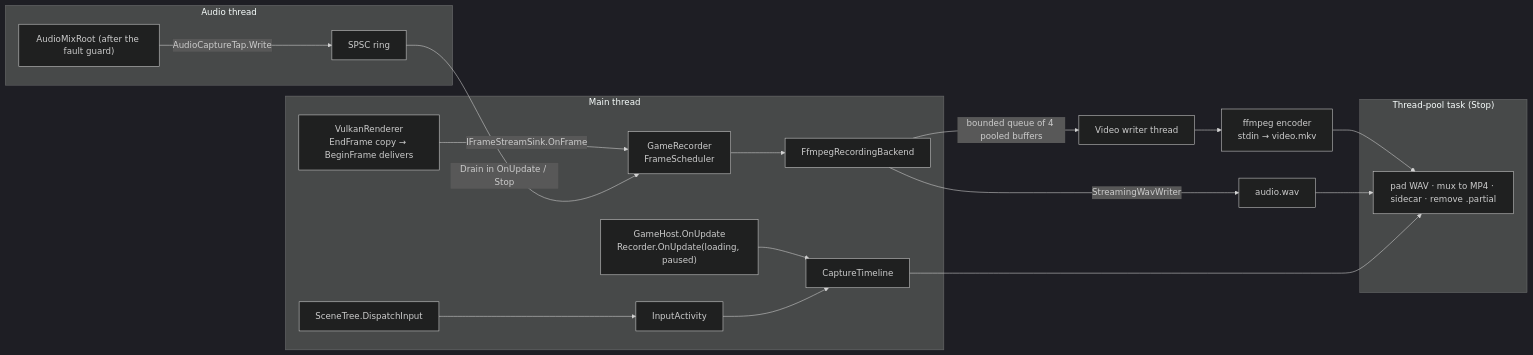
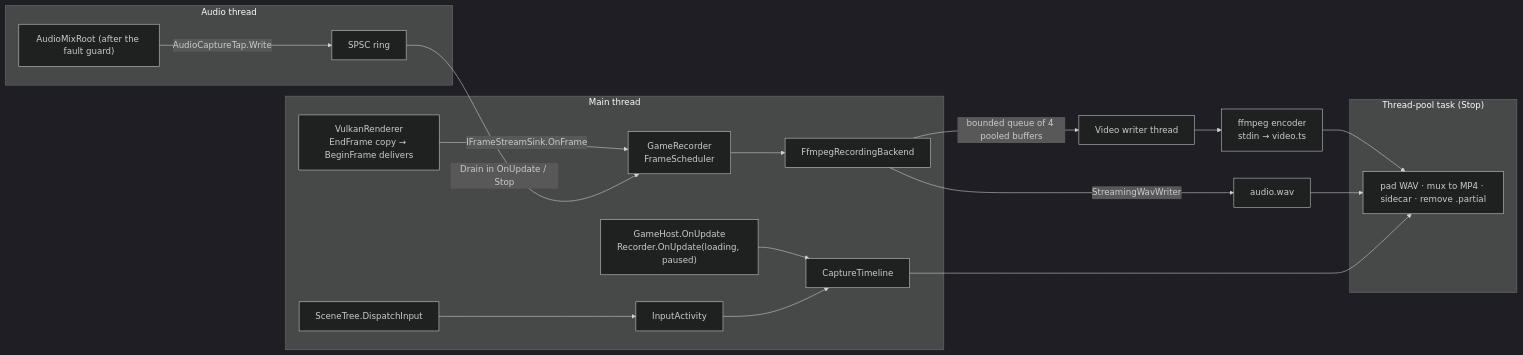
The diagram in docs/design/recording.md (Mainframe-Games/mainframe-engine), drawn with Mermaid (dark theme) before and after one commit. The commit also changed other lines of this file and 4 other files, not shown here.

````diff
--- a/docs/design/recording.md
+++ b/docs/design/recording.md
@@ -58,21 +58,21 @@
 ```mermaid
 flowchart LR
     subgraph Main["Main thread"]
         GH["GameHost.OnUpdate<br/>Recorder.OnUpdate(loading, paused)"] --> TL["CaptureTimeline"]
         IN["SceneTree.DispatchInput"] --> IA["InputActivity"] --> TL
         R["VulkanRenderer<br/>EndFrame copy → BeginFrame delivers"] -- "IFrameStreamSink.OnFrame" --> GR["GameRecorder<br/>FrameScheduler"]
         GR --> BE["FfmpegRecordingBackend"]
     end
     subgraph Audio["Audio thread"]
         MIX["AudioMixRoot (after the fault guard)"] -- "AudioCaptureTap.Write" --> RING["SPSC ring"]
     end
     RING -- "Drain in OnUpdate / Stop" --> GR
-    BE -- "bounded queue of 4 pooled buffers" --> W["Video writer thread"] --> ENC["ffmpeg encoder<br/>stdin → video.mkv"]
+    BE -- "bounded queue of 4 pooled buffers" --> W["Video writer thread"] --> ENC["ffmpeg encoder<br/>stdin → video.ts"]
     BE -- "StreamingWavWriter" --> WAV["audio.wav"]
     subgraph Fin["Thread-pool task (Stop)"]
         MUX["pad WAV · mux to MP4 · sidecar · remove .partial"]
     end
     ENC --> MUX
     WAV --> MUX
     TL --> MUX
 ```
````
